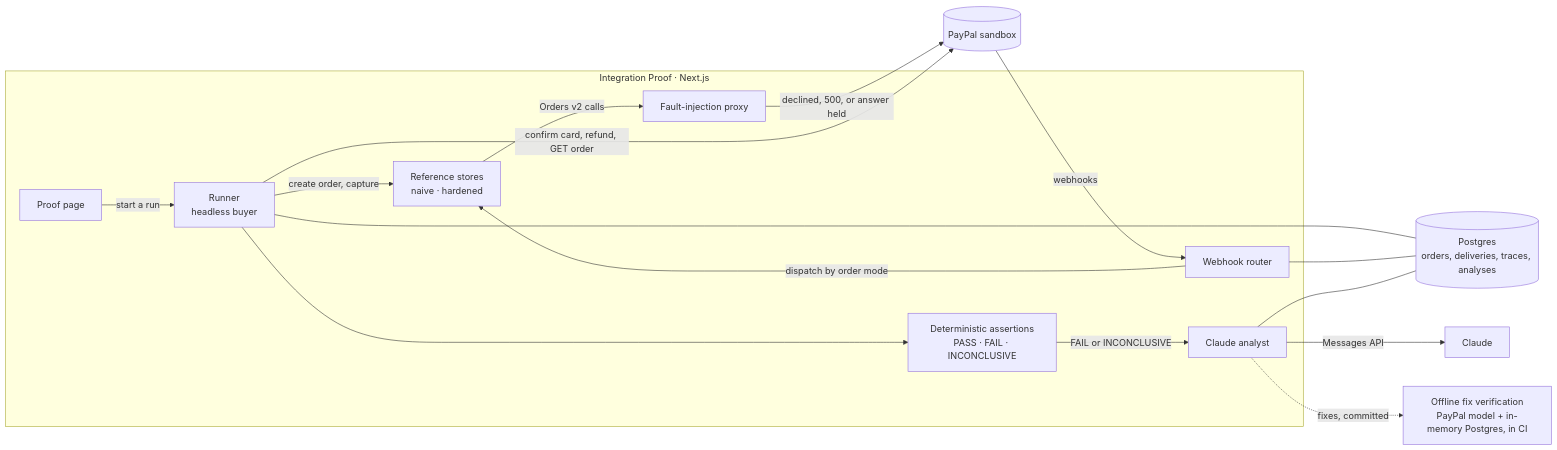
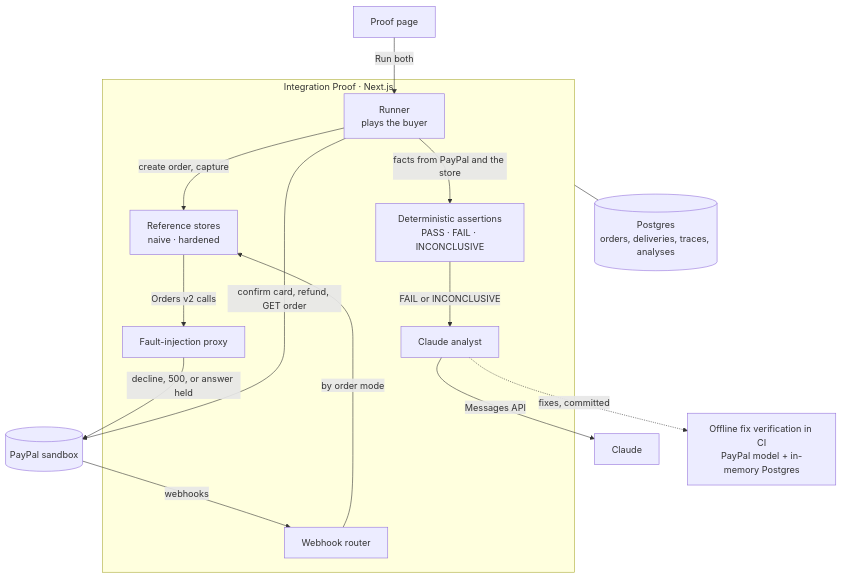
The diagram in README.md (Jasekeee/integration-proof), drawn with Mermaid before and after one commit.

Commit message:
docs: lay out the README diagram top to bottom

````diff
--- a/README.md
+++ b/README.md
@@ -30,19 +30,17 @@
 ```mermaid
-flowchart LR
+flowchart TB
+  page["Proof page"] -->|"Run both"| runner
   subgraph app["Integration Proof · Next.js"]
-    page["Proof page"] -->|"start a run"| runner["Runner<br/>headless buyer"]
-    runner -->|"create order, capture"| stores["Reference stores<br/>naive · hardened"]
+    runner["Runner<br/>plays the buyer"] -->|"create order, capture"| stores["Reference stores<br/>naive · hardened"]
     stores -->|"Orders v2 calls"| proxy["Fault-injection proxy"]
-    router["Webhook router"] -->|"dispatch by order mode"| stores
-    runner --> assertions["Deterministic assertions<br/>PASS · FAIL · INCONCLUSIVE"]
+    router["Webhook router"] -->|"by order mode"| stores
+    runner -->|"facts from PayPal and the store"| assertions["Deterministic assertions<br/>PASS · FAIL · INCONCLUSIVE"]
     assertions -->|"FAIL or INCONCLUSIVE"| analyst["Claude analyst"]
   end
-  proxy -->|"declined, 500, or answer held"| paypal[("PayPal sandbox")]
+  proxy -->|"decline, 500, or answer held"| paypal[("PayPal sandbox")]
   runner -->|"confirm card, refund, GET order"| paypal
   paypal -->|"webhooks"| router
   analyst -->|"Messages API"| claude["Claude"]
-  runner --- db[("Postgres<br/>orders, deliveries, traces, analyses")]
-  router --- db
-  analyst --- db
-  analyst -.->|"fixes, committed"| bench["Offline fix verification<br/>PayPal model + in-memory Postgres, in CI"]
+  app --- db[("Postgres<br/>orders, deliveries, traces, analyses")]
+  analyst -.->|"fixes, committed"| bench["Offline fix verification in CI<br/>PayPal model + in-memory Postgres"]
 ```
````
